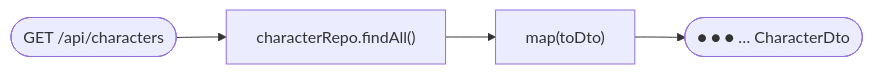
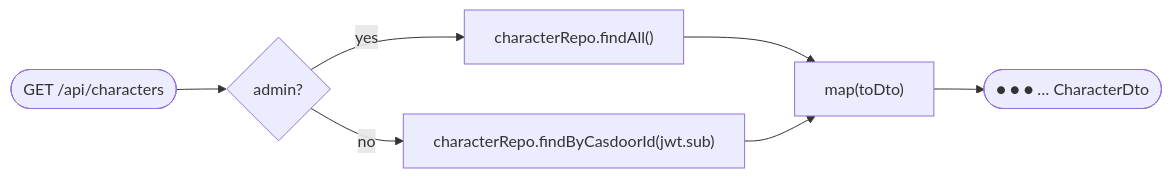
Diagram 25 of 48 in README.md (hugmesh/hugmesh-games), drawn with Mermaid before and after one commit. The commit also changed other lines of this file, not shown here.

````diff
--- a/README.md
+++ b/README.md
@@ -731,4 +737,6 @@
 ```mermaid
 flowchart LR
-    R(["GET /api/characters"]) --> Q["characterRepo.findAll()"] --> Mp["map(toDto)"] --> O(["● ● ● …  CharacterDto"])
+    R(["GET /api/characters"]) --> Adm{"admin?"}
+    Adm -->|yes| Q["characterRepo.findAll()"] --> Mp["map(toDto)"] --> O(["● ● ● …  CharacterDto"])
+    Adm -->|no| Q2["characterRepo.findByCasdoorId(jwt.sub)"] --> Mp
 ```
````
